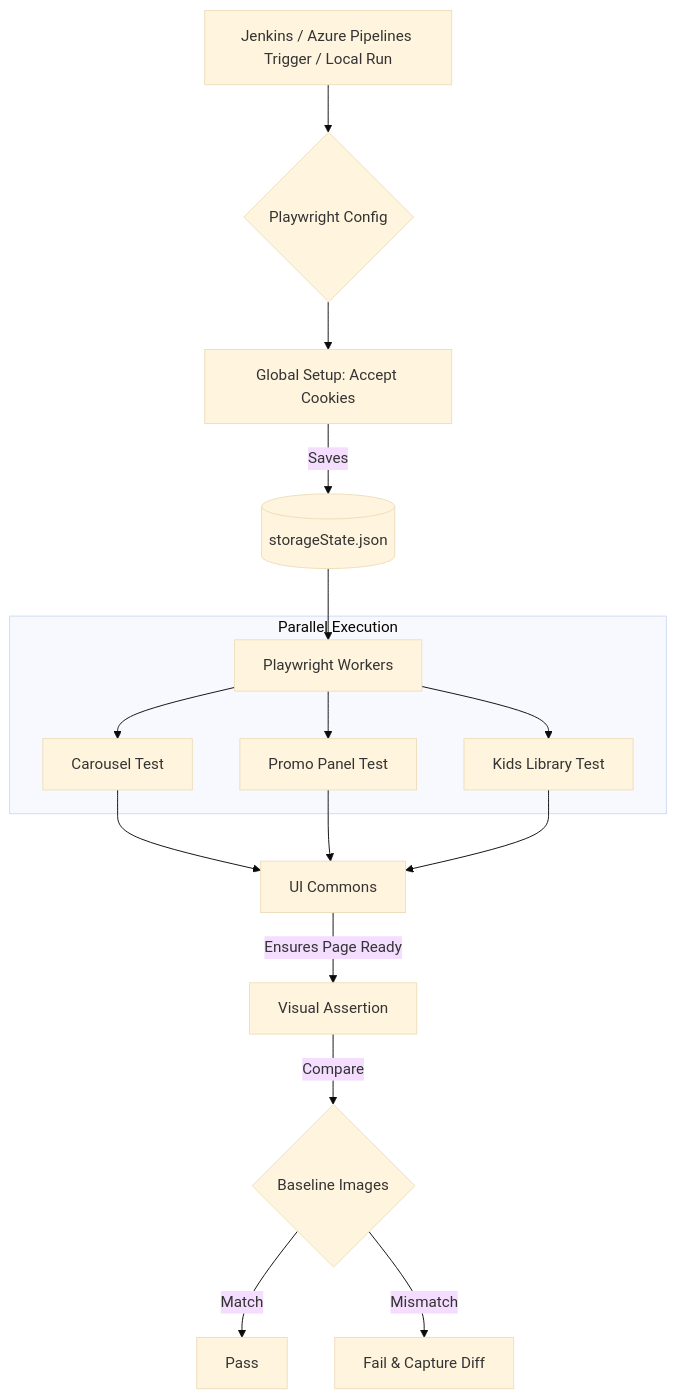
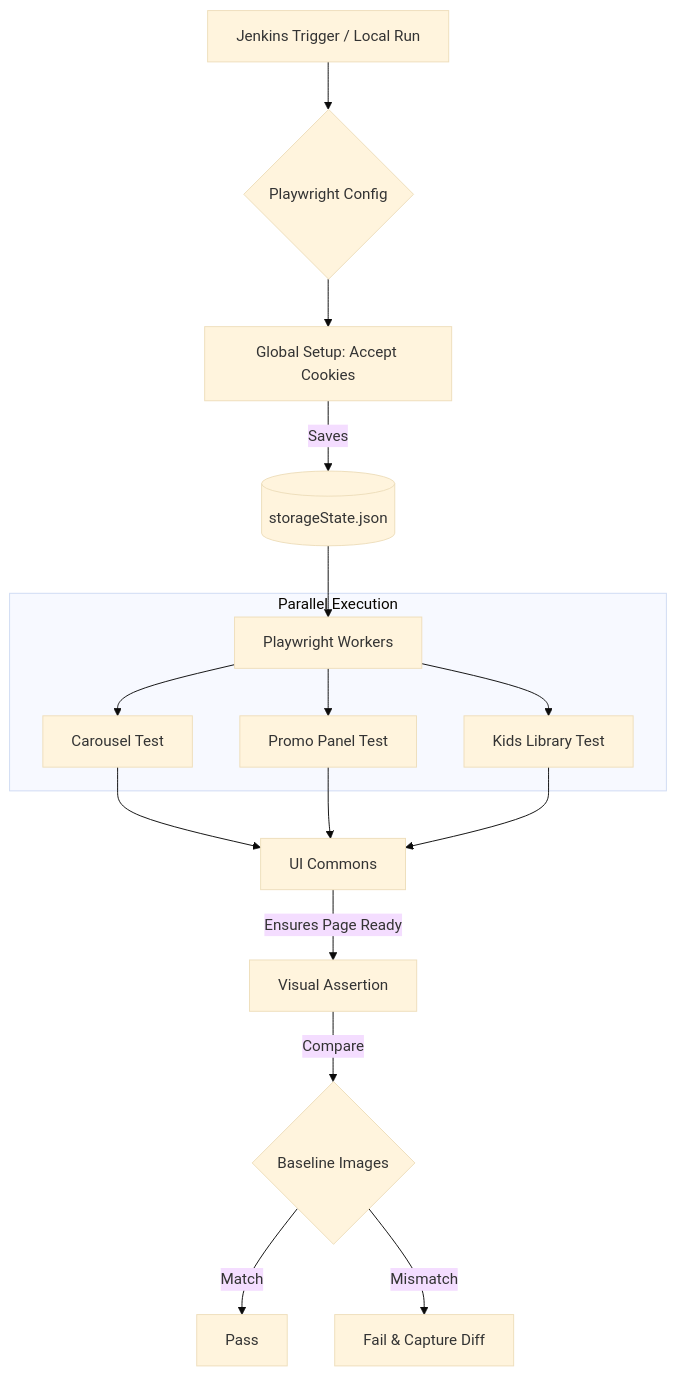
The first of 2 diagrams in README.md (bm13gitfiles/mandg-UI-framework), drawn with Mermaid (base theme) before and after one commit. The commit also changed other lines of this file, not shown here.

````diff
--- a/README.md
+++ b/README.md
@@ -65,23 +66,23 @@
 ```mermaid
 graph TD
-    A[Jenkins / Azure Pipelines Trigger / Local Run] --> B{Playwright Config}
+    A[Jenkins Trigger / Local Run] --> B{Playwright Config}
     B --> C[Global Setup: Accept Cookies]
     C -->|Saves| D[(storageState.json)]
     D --> E[Playwright Workers]
-
+    
     subgraph Parallel Execution
         E --> F1[Carousel Test]
         E --> F2[Promo Panel Test]
         E --> F3[Kids Library Test]
     end
 
     F1 --> G[UI Commons]
     F2 --> G
     F3 --> G
-
+    
     G -->|Ensures Page Ready| H[Visual Assertion]
     H -->|Compare| I{Baseline Images}
-
+    
     I -->|Match| J[Pass]
     I -->|Mismatch| K[Fail & Capture Diff]
 ```
````
